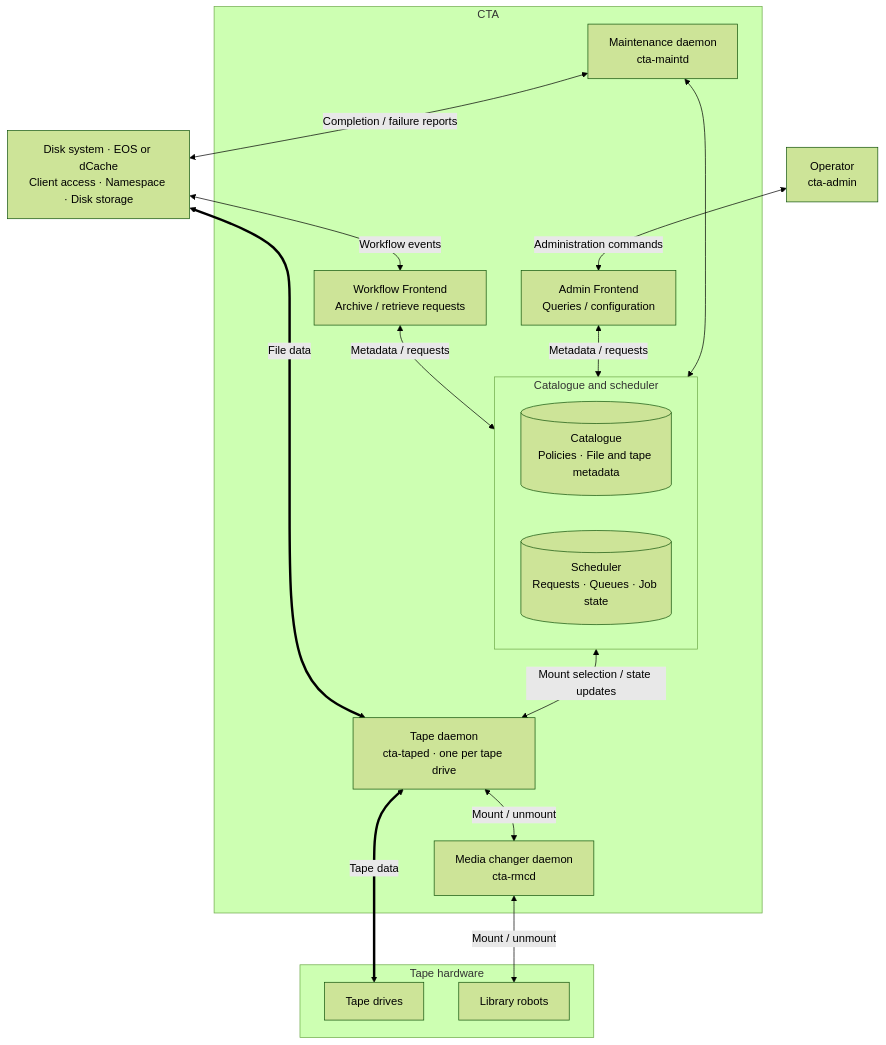
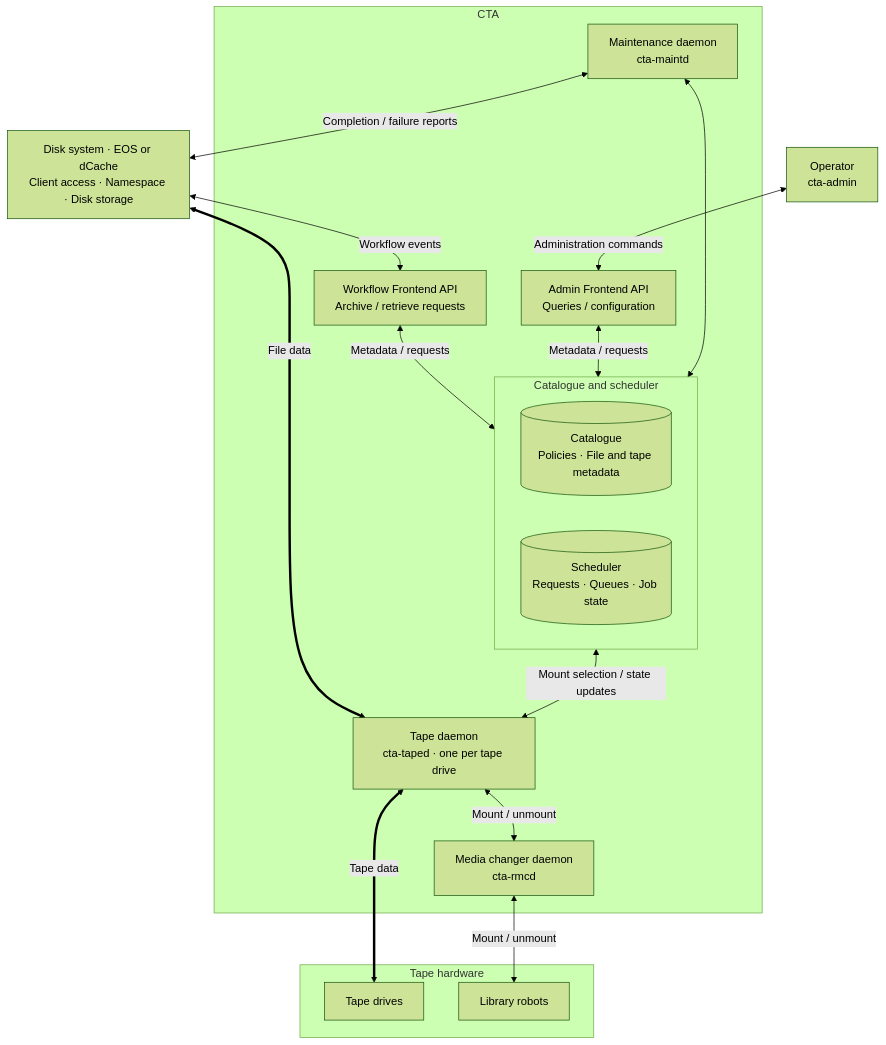
One commit to cern-cta/CTA changed the diagram in docs/content/concepts/components/index.md. Above: the diagram before and after it, drawn with Mermaid (forest theme). The commit also changed other lines of this file and 31 other files, not shown here.

````diff
--- a/docs/content/concepts/components/index.md
+++ b/docs/content/concepts/components/index.md
@@ -9,34 +9,34 @@
 ```mermaid
 flowchart TB
     disk["Disk system · EOS or dCache<br/>Client access · Namespace · Disk storage"]
     operator["Operator<br/>cta-admin"]
 
     subgraph CTA["CTA"]
-        workflow["Workflow Frontend<br/>Archive / retrieve requests"]
-        admin["Admin Frontend<br/>Queries / configuration"]
+        workflow["Workflow Frontend API<br/>Archive / retrieve requests"]
+        admin["Admin Frontend API<br/>Queries / configuration"]
         subgraph stores["Catalogue and scheduler"]
             catalogue[("Catalogue<br/>Policies · File and tape metadata")]
             scheduler[("Scheduler<br/>Requests · Queues · Job state")]
         end
         maintd["Maintenance daemon<br/>cta-maintd"]
         taped["Tape daemon<br/>cta-taped · one per tape drive"]
         rmcd["Media changer daemon<br/>cta-rmcd"]
     end
 
     subgraph hardware["Tape hardware"]
         drives["Tape drives"]
         robots["Library robots"]
     end
 
     disk <-->|Workflow events| workflow
     operator <-->|Administration commands| admin
     workflow <-->|Metadata / requests| stores
     admin <-->|Metadata / requests| stores
     maintd <--> stores
     maintd <-->|Completion / failure reports| disk
     stores <-->|Mount selection / state updates| taped
     taped <-->|Mount / unmount| rmcd
     taped <==>|Tape data| drives
     rmcd <-->|Mount / unmount| robots
     disk <==>|File data| taped
 ```
````
